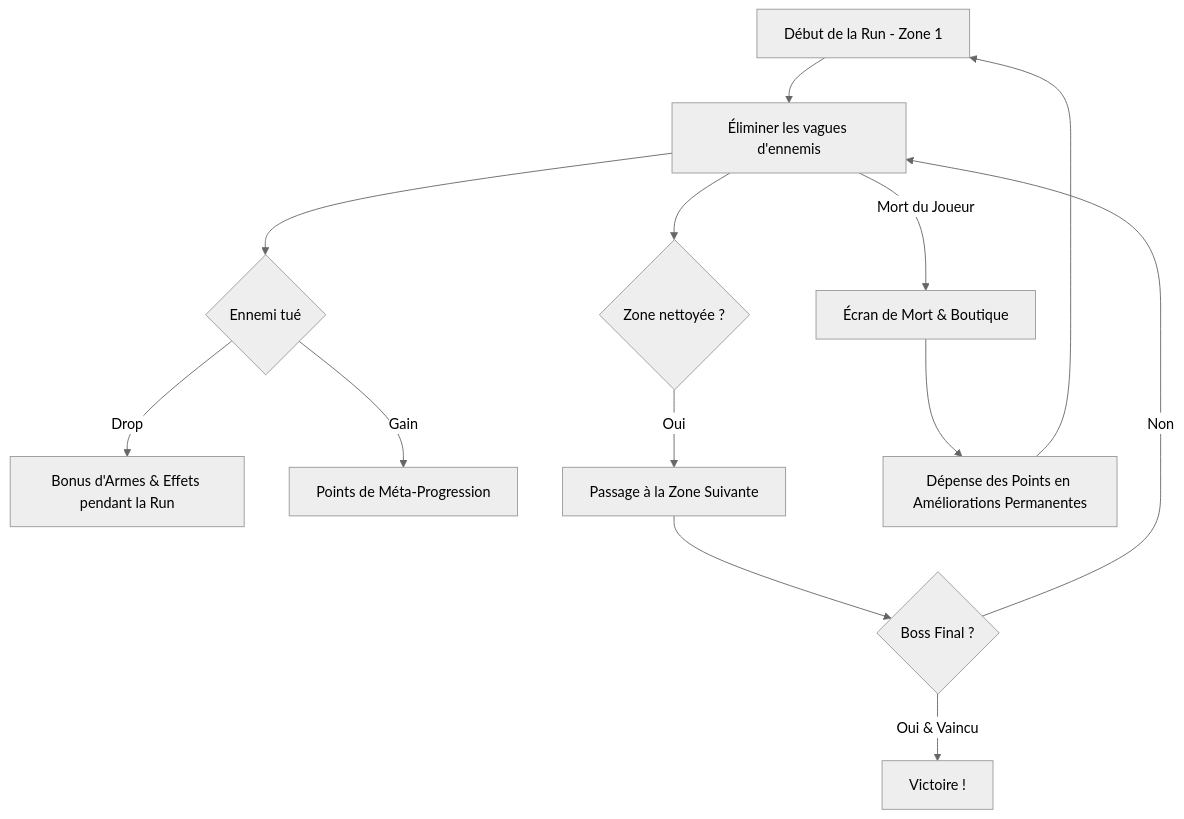
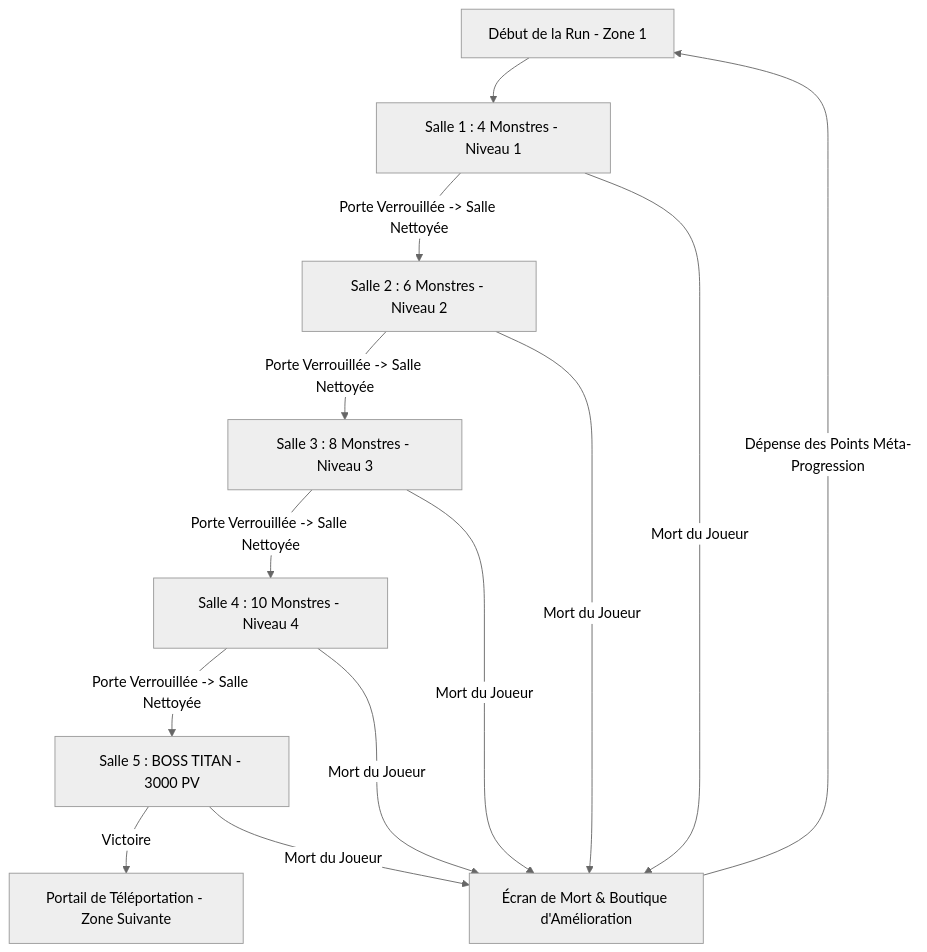
One commit to nparvedy/bullet-drop changed the diagram in explication.md. Above: the diagram before and after it, drawn with Mermaid (neutral theme). The commit also changed other lines of this file and 31 other files, not shown here.

````diff
--- a/explication.md
+++ b/explication.md
@@ -19,15 +19,15 @@
 ```mermaid
 flowchart TD
-    A[Début de la Run - Zone 1] --> B[Éliminer les vagues d'ennemis]
-    B --> C{Ennemi tué}
-    C -->|Drop| D[Bonus d'Armes & Effets pendant la Run]
-    C -->|Gain| E[Points de Méta-Progression]
-    B --> F{Zone nettoyée ?}
-    F -->|Oui| G[Passage à la Zone Suivante]
-    G --> H{Boss Final ?}
-    H -->|Oui & Vaincu| I[Victoire !]
-    H -->|Non| B
-    B -->|Mort du Joueur| J[Écran de Mort & Boutique]
-    J --> K[Dépense des Points en Améliorations Permanentes]
-    K --> A
+    A[Début de la Run - Zone 1] --> B[Salle 1 : 4 Monstres - Niveau 1]
+    B -->|Porte Verrouillée -> Salle Nettoyée| C[Salle 2 : 6 Monstres - Niveau 2]
+    C -->|Porte Verrouillée -> Salle Nettoyée| D[Salle 3 : 8 Monstres - Niveau 3]
+    D -->|Porte Verrouillée -> Salle Nettoyée| E[Salle 4 : 10 Monstres - Niveau 4]
+    E -->|Porte Verrouillée -> Salle Nettoyée| F[Salle 5 : BOSS TITAN - 3000 PV]
+    F -->|Victoire| G[Portail de Téléportation - Zone Suivante]
+    B -->|Mort du Joueur| H[Écran de Mort & Boutique d'Amélioration]
+    C -->|Mort du Joueur| H
+    D -->|Mort du Joueur| H
+    E -->|Mort du Joueur| H
+    F -->|Mort du Joueur| H
+    H -->|Dépense des Points Méta-Progression| A
 ```
````
